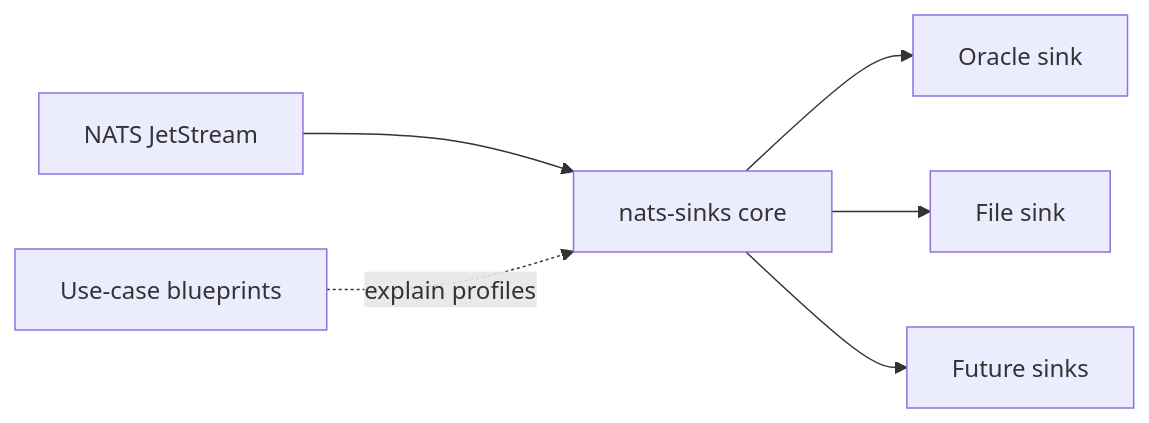
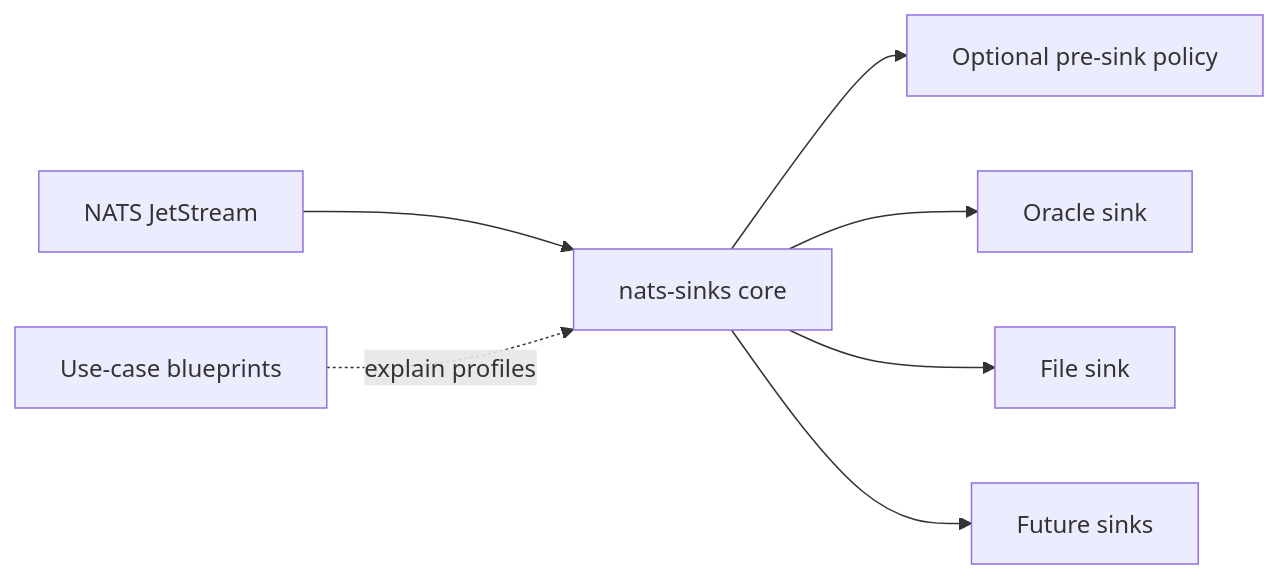
The diagram in docs/use-cases/index.md (ProjectCuillin/nats-sinks), drawn with Mermaid before and after one commit. The commit also changed other lines of this file and 28 other files, not shown here.

Commit message:
Add pre-sink policy gate

````diff
--- a/docs/use-cases/index.md
+++ b/docs/use-cases/index.md
@@ -16,8 +16,9 @@
 ```mermaid
 flowchart LR
     NATS[NATS JetStream] --> Core[nats-sinks core]
+    Core --> Policy[Optional pre-sink policy]
     Core --> Oracle[Oracle sink]
     Core --> File[File sink]
     Core --> Future[Future sinks]
     UseCases[Use-case blueprints] -. explain profiles .-> Core
 ```
````
